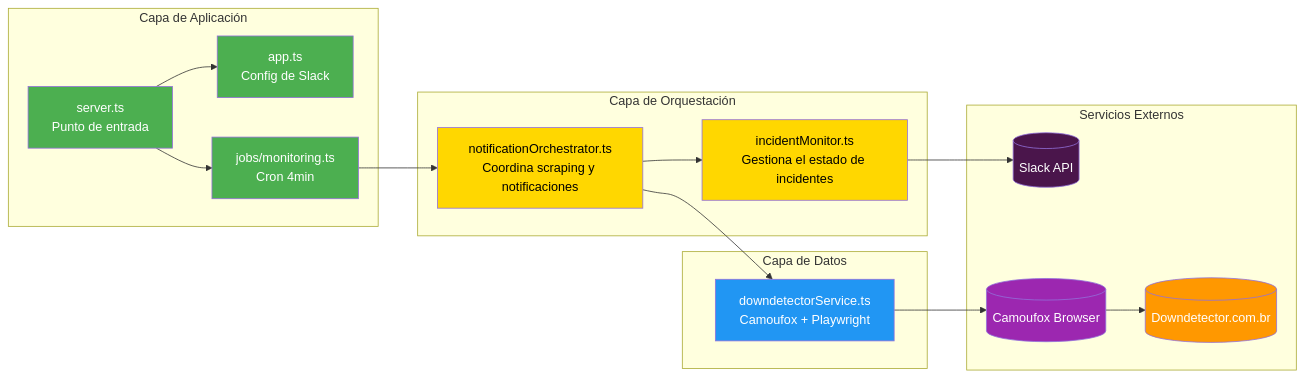
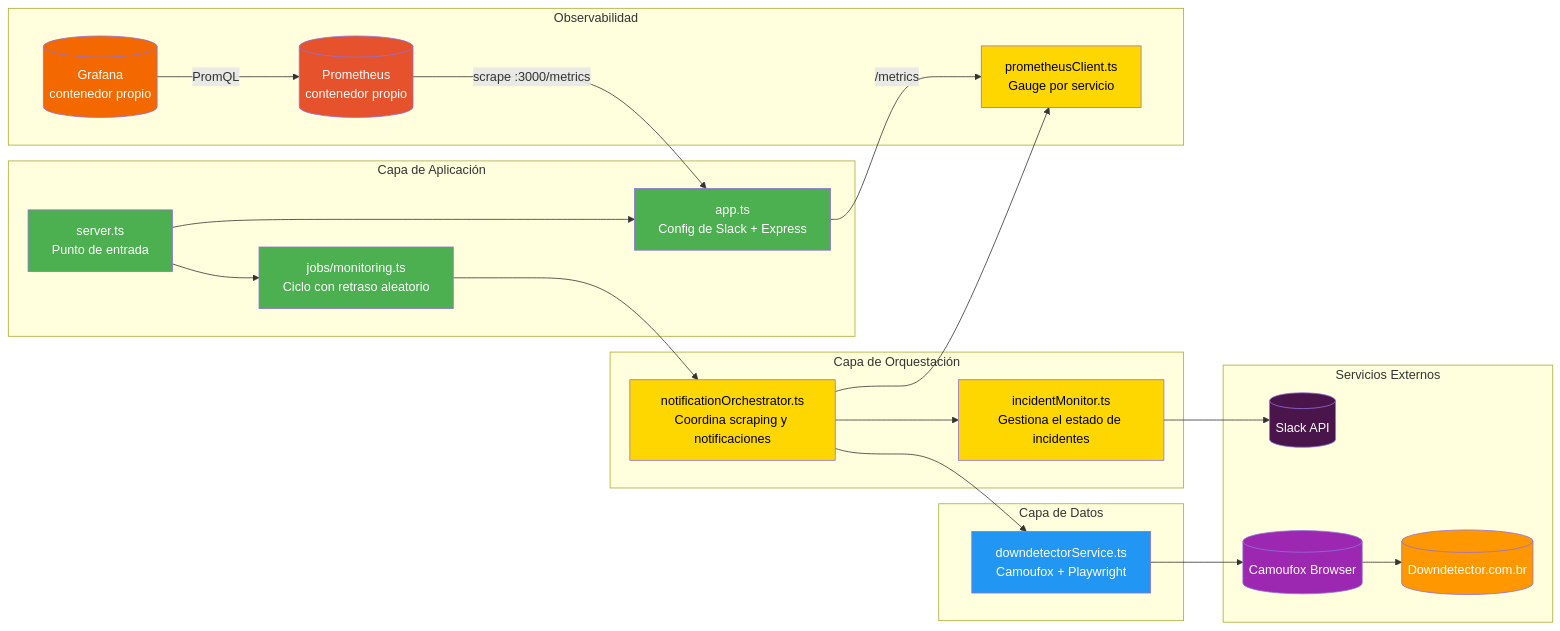
The fourth of 4 diagrams in README.md (eduardotashiro/downdetector-slack), drawn with Mermaid before and after one commit. The commit also changed other lines of this file and 1 other file, not shown here.

````diff
--- a/README.md
+++ b/README.md
@@ -808,45 +905,59 @@
 ```mermaid
 graph LR
     subgraph "Capa de Aplicación"
         Server[server.ts<br/>Punto de entrada]
-        App[app.ts<br/>Config de Slack]
-        Job[jobs/monitoring.ts<br/>Cron 4min]
+        App[app.ts<br/>Config de Slack + Express]
+        Job[jobs/monitoring.ts<br/>Ciclo con retraso aleatorio]
     end
 
     subgraph "Capa de Orquestación"
         Orchestrator[notificationOrchestrator.ts<br/>Coordina scraping y notificaciones]
         Incident[incidentMonitor.ts<br/>Gestiona el estado de incidentes]
     end
 
     subgraph "Capa de Datos"
         Scraper[downdetectorService.ts<br/>Camoufox + Playwright]
+    end
+
+    subgraph "Observabilidad"
+        Metrics[prometheusClient.ts<br/>Gauge por servicio]
+        PromSvc[(Prometheus<br/>contenedor propio)]
+        GrafanaSvc[(Grafana<br/>contenedor propio)]
     end
 
     subgraph "Servicios Externos"
         Downdetector[(Downdetector.com.br)]
         SlackAPI[(Slack API)]
         Camoufox[(Camoufox Browser)]
     end
 
     Server --> Job
     Server --> App
     Job --> Orchestrator
 
     Orchestrator --> Scraper
     Orchestrator --> Incident
+    Orchestrator --> Metrics
 
     Scraper --> Camoufox
     Camoufox --> Downdetector
 
     Incident --> SlackAPI
 
+    App -- "/metrics" --> Metrics
+    PromSvc -- "scrape :3000/metrics" --> App
+    GrafanaSvc -- "PromQL" --> PromSvc
+
     style Server fill:#4CAF50,color:#fff
     style App fill:#4CAF50,color:#fff
     style Job fill:#4CAF50,color:#fff
     style Orchestrator fill:#FFD700,color:#000
     style Incident fill:#FFD700,color:#000
+    style Metrics fill:#FFD700,color:#000
     style Scraper fill:#2196F3,color:#fff
     style Downdetector fill:#FF9800,color:#fff
     style SlackAPI fill:#4A154B,color:#fff
     style Camoufox fill:#9C27B0,color:#fff
+    style PromSvc fill:#E6522C,color:#fff
+    style GrafanaSvc fill:#F46800,color:#fff
 ```
````
